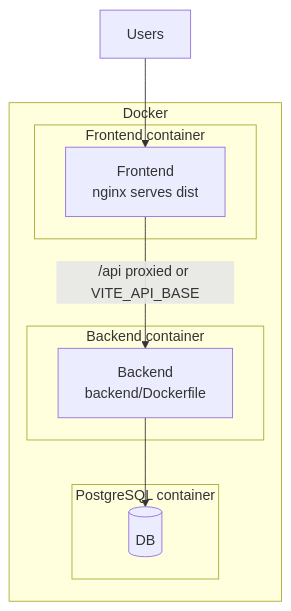
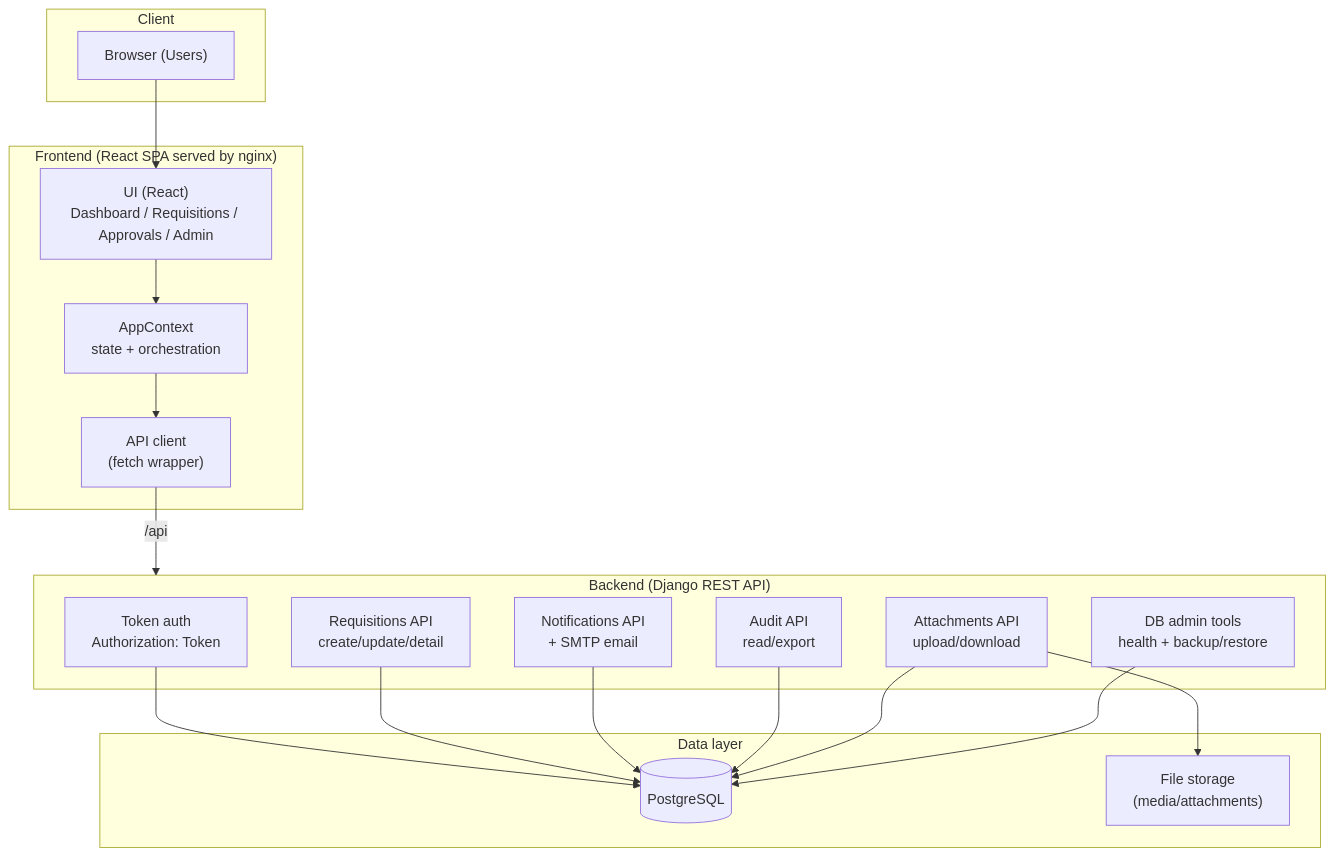
The fourth of 6 diagrams in README.md (PG-rUNTIME/MARS-IRS), drawn with Mermaid before and after one commit. The commit also changed other lines of this file and 29 other files, not shown here.

````diff
--- a/README.md
+++ b/README.md
@@ -137,18 +160,39 @@
 ```mermaid
 flowchart TB
-  subgraph Docker["Docker"]
-    subgraph Frontend["Frontend container"]
-      FE["Frontend\nnginx serves dist"]
-    end
-    subgraph Backend["Backend container"]
-      BE["Backend\nbackend/Dockerfile"]
-    end
-    subgraph DB["PostgreSQL container"]
-      PG[("DB")]
-    end
+  subgraph Client["Client"]
+    Browser["Browser (Users)"]
   end
 
-  User["Users"] --> FE
-  FE -->|/api proxied or VITE_API_BASE| BE
-  BE --> PG
+  subgraph FE["Frontend (React SPA served by nginx)"]
+    SPA["UI (React)\nDashboard / Requisitions / Approvals / Admin"]
+    Ctx["AppContext\nstate + orchestration"]
+    ApiClient["API client\n(fetch wrapper)"]
+  end
+
+  subgraph BE["Backend (Django REST API)"]
+    Auth["Token auth\nAuthorization: Token <key>"]
+    Req["Requisitions API\ncreate/update/detail"]
+    Att["Attachments API\nupload/download"]
+    Notif["Notifications API\n+ SMTP email"]
+    Audit["Audit API\nread/export"]
+    DBTools["DB admin tools\nhealth + backup/restore"]
+  end
+
+  subgraph Data["Data layer"]
+    PG[("PostgreSQL")]
+    FS["File storage\n(media/attachments)"]
+  end
+
+  Browser --> SPA
+  SPA --> Ctx
+  Ctx --> ApiClient
+  ApiClient -->|/api| BE
+
+  Auth --> PG
+  Req --> PG
+  Notif --> PG
+  Audit --> PG
+  Att --> PG
+  Att --> FS
+  DBTools --> PG
 ```
````
